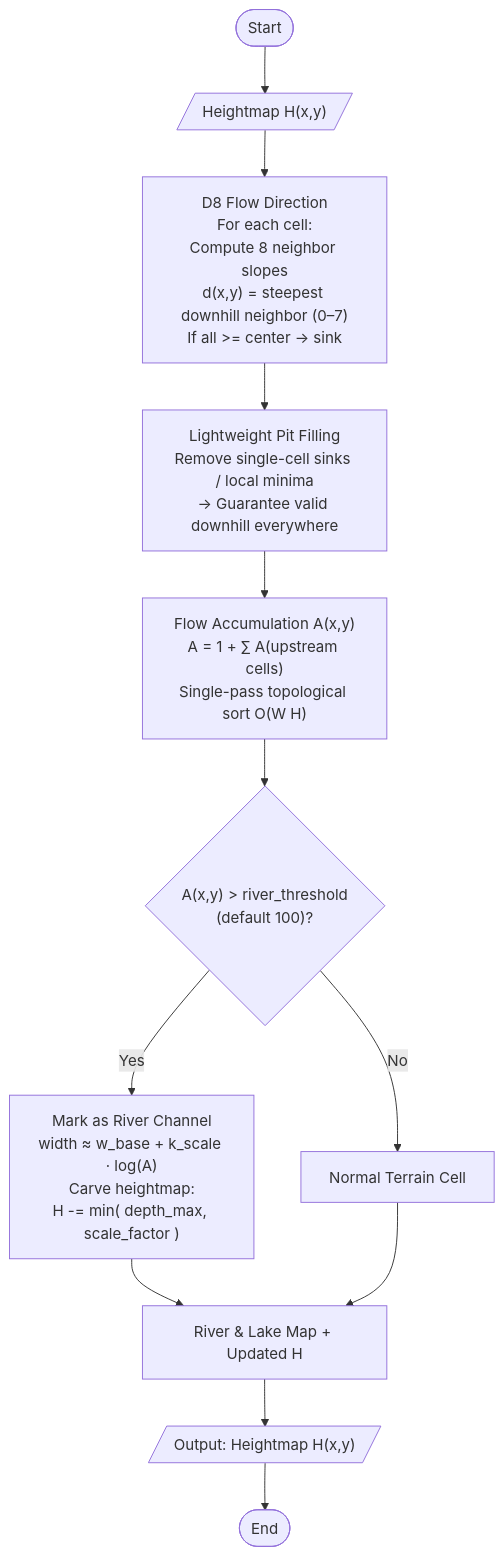
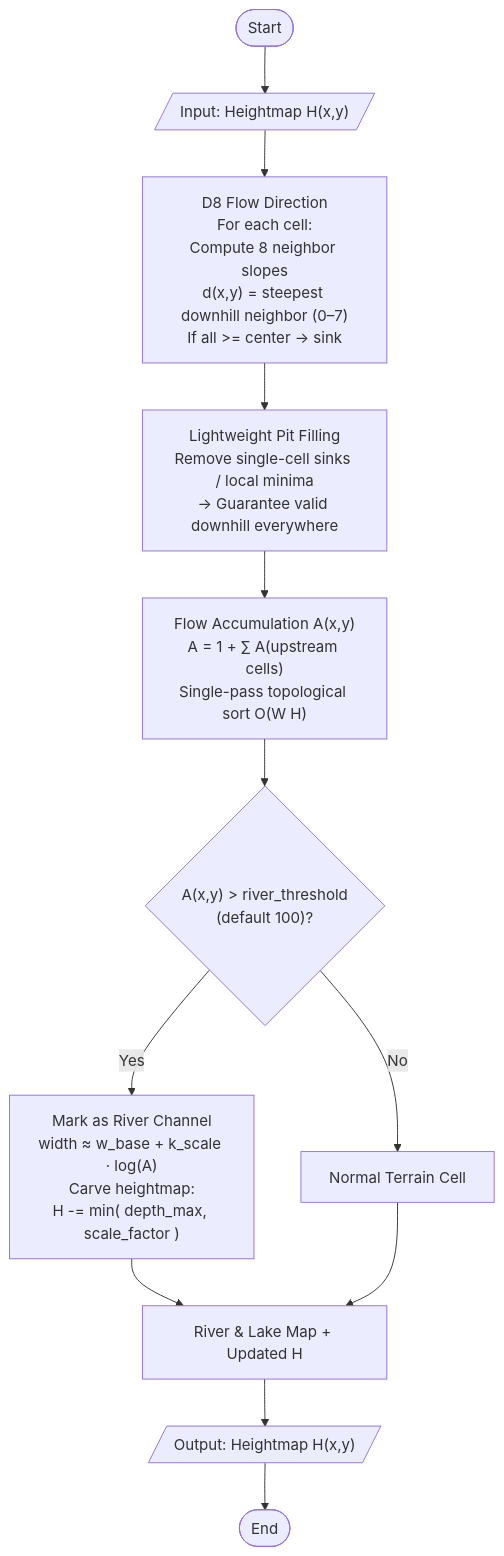
The third of 4 diagrams in README.md (Montmont20z/Terrain-Generation-Algorithm), drawn with Mermaid before and after one commit. The commit also changed other lines of this file, not shown here.

````diff
--- a/README.md
+++ b/README.md
@@ -120,17 +120,17 @@
 ```mermaid
 flowchart TD
-    Start([Start]) --> Input[/"Heightmap H(x,y)"/]
+    Start([Start]) --> Input[/"Input: Heightmap H(x,y)"/]
     Input --> D8["D8 Flow Direction<br>For each cell:<br>Compute 8 neighbor slopes<br>d(x,y) = steepest downhill neighbor (0–7)<br>If all >= center → sink"]
     D8 --> PitFill["Lightweight Pit Filling<br>Remove single-cell sinks / local minima<br>→ Guarantee valid downhill everywhere"]
     PitFill --> FlowAcc["Flow Accumulation A(x,y)<br>A = 1 + ∑ A(upstream cells)<br>Single-pass topological sort O(W H)"]
     FlowAcc --> Decision{"A(x,y) > river_threshold<br>(default 100)?"}
     
     Decision -- Yes --> River["Mark as River Channel<br>width ≈ w_base + k_scale · log(A)<br>Carve heightmap:<br>H -= min( depth_max, scale_factor )"]
     Decision -- No --> Normal["Normal Terrain Cell"]
     
     River --> Combine["River & Lake Map + Updated H"]
     Normal --> Combine
     
     Combine --> Output[/"Output: Heightmap H(x,y)"/]
     Output --> End([End])
 ```
````
